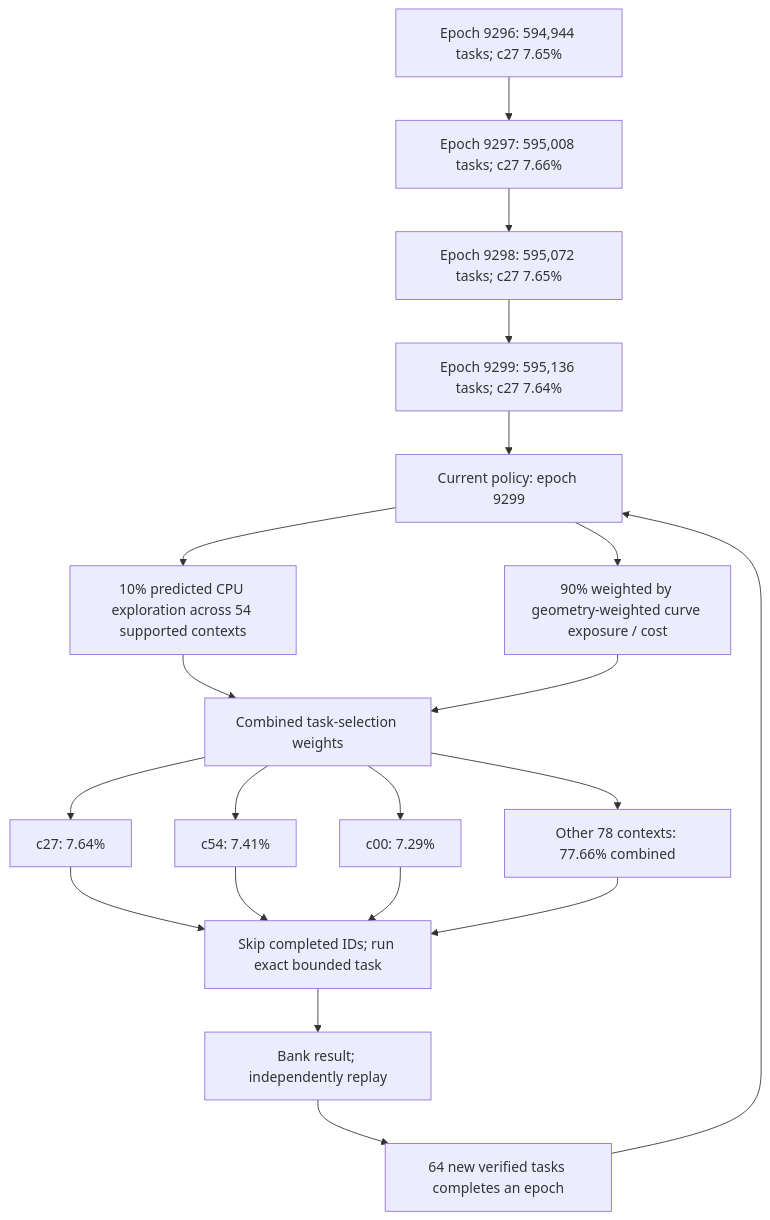
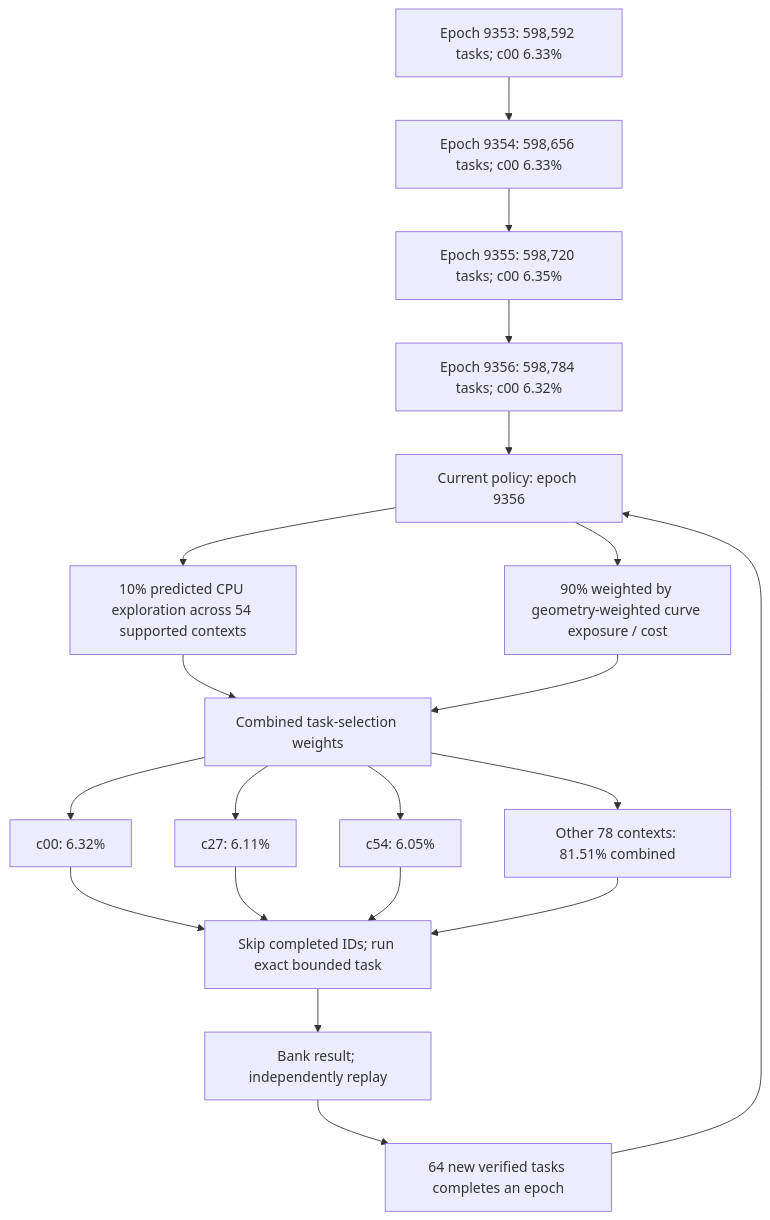
Before and after one commit to Kuberwastaken/math-gambling: the first of 4 diagrams in README.md, drawn with Mermaid. The commit also changed other lines of this file and 7240 other files, not shown here.

````diff
--- a/README.md
+++ b/README.md
@@ -60,27 +60,27 @@
 ```mermaid
 flowchart TD
-    H0["Epoch 9296: 594,944 tasks; c27 7.65%"]
-    H1["Epoch 9297: 595,008 tasks; c27 7.66%"]
+    H0["Epoch 9353: 598,592 tasks; c00 6.33%"]
+    H1["Epoch 9354: 598,656 tasks; c00 6.33%"]
     H0 --> H1
-    H2["Epoch 9298: 595,072 tasks; c27 7.65%"]
+    H2["Epoch 9355: 598,720 tasks; c00 6.35%"]
     H1 --> H2
-    H3["Epoch 9299: 595,136 tasks; c27 7.64%"]
+    H3["Epoch 9356: 598,784 tasks; c00 6.32%"]
     H2 --> H3
-    Policy["Current policy: epoch 9299"]
+    Policy["Current policy: epoch 9356"]
     H3 --> Policy
     Policy --> Explore["10% predicted CPU exploration across 54 supported contexts"]
     Policy --> Cost["90% weighted by geometry-weighted curve exposure / cost"]
     Explore --> Mix["Combined task-selection weights"]
     Cost --> Mix
-    Mix --> C0["c27: 7.64%"]
-    Mix --> C1["c54: 7.41%"]
-    Mix --> C2["c00: 7.29%"]
-    Mix --> Rest["Other 78 contexts: 77.66% combined"]
+    Mix --> C0["c00: 6.32%"]
+    Mix --> C1["c27: 6.11%"]
+    Mix --> C2["c54: 6.05%"]
+    Mix --> Rest["Other 78 contexts: 81.51% combined"]
     C0 --> Check["Skip completed IDs; run exact bounded task"]
     C1 --> Check
     C2 --> Check
     Rest --> Check
     Check --> Replay["Bank result; independently replay"]
     Replay --> Gate["64 new verified tasks completes an epoch"]
     Gate --> Policy
 ```
````
